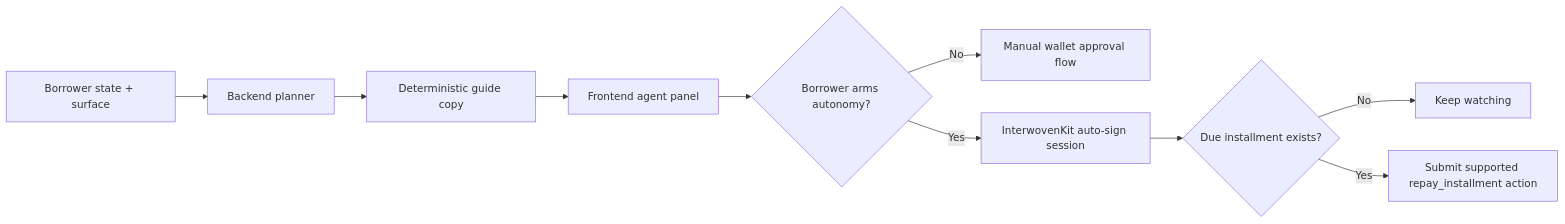
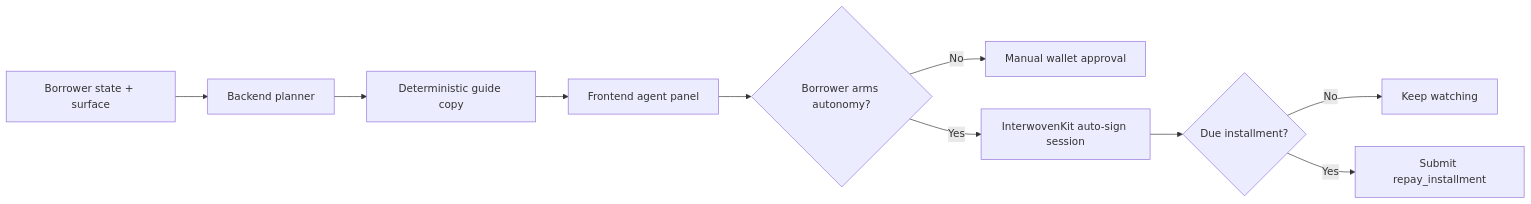
Before and after one commit to ntfound-dev/lendpay: the diagram in docs-site/docs/guide/agentic-system.md, drawn with Mermaid. The commit also changed other lines of this file and 22 other files, not shown here.

````diff
--- a/docs-site/docs/guide/agentic-system.md
+++ b/docs-site/docs/guide/agentic-system.md
@@ -110,12 +47,12 @@
 ```mermaid
 flowchart LR
   A[Borrower state + surface] --> B[Backend planner]
   B --> C[Deterministic guide copy]
   C --> D[Frontend agent panel]
   D --> E{Borrower arms autonomy?}
-  E -- No --> F[Manual wallet approval flow]
+  E -- No --> F[Manual wallet approval]
   E -- Yes --> G[InterwovenKit auto-sign session]
-  G --> H{Due installment exists?}
+  G --> H{Due installment?}
   H -- No --> I[Keep watching]
-  H -- Yes --> J[Submit supported repay_installment action]
+  H -- Yes --> J[Submit repay_installment]
 ```
````
